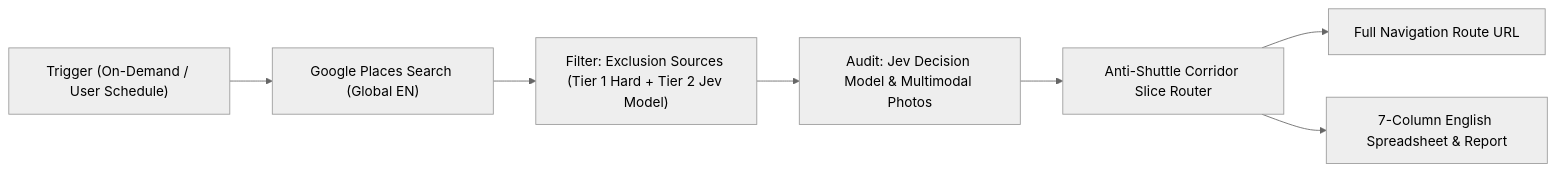
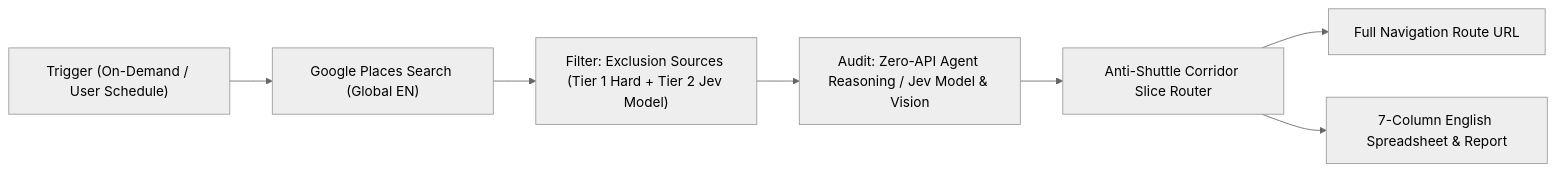
The diagram in SKILL.md (hellomrleeus/google-maps-place-scout), drawn with Mermaid (neutral theme) before and after one commit. The commit also changed 1 other file, not shown here.

Commit message:
docs: update Mermaid sequence diagram and flowchart to reflect Zero-API Agent-Native handshake protocol

````diff
--- a/SKILL.md
+++ b/SKILL.md
@@ -25,9 +25,9 @@
 ```mermaid
 flowchart LR
     A["Trigger (On-Demand / User Schedule)"] --> B["Google Places Search (Global EN)"]
     B --> C["Filter: Exclusion Sources (Tier 1 Hard + Tier 2 Jev Model)"]
-    C --> D["Audit: Jev Decision Model & Multimodal Photos"]
+    C --> D["Audit: Zero-API Agent Reasoning / Jev Model & Vision"]
     D --> E["Anti-Shuttle Corridor Slice Router"]
     E --> F["Full Navigation Route URL"]
     E --> G["7-Column English Spreadsheet & Report"]
 ```
````
